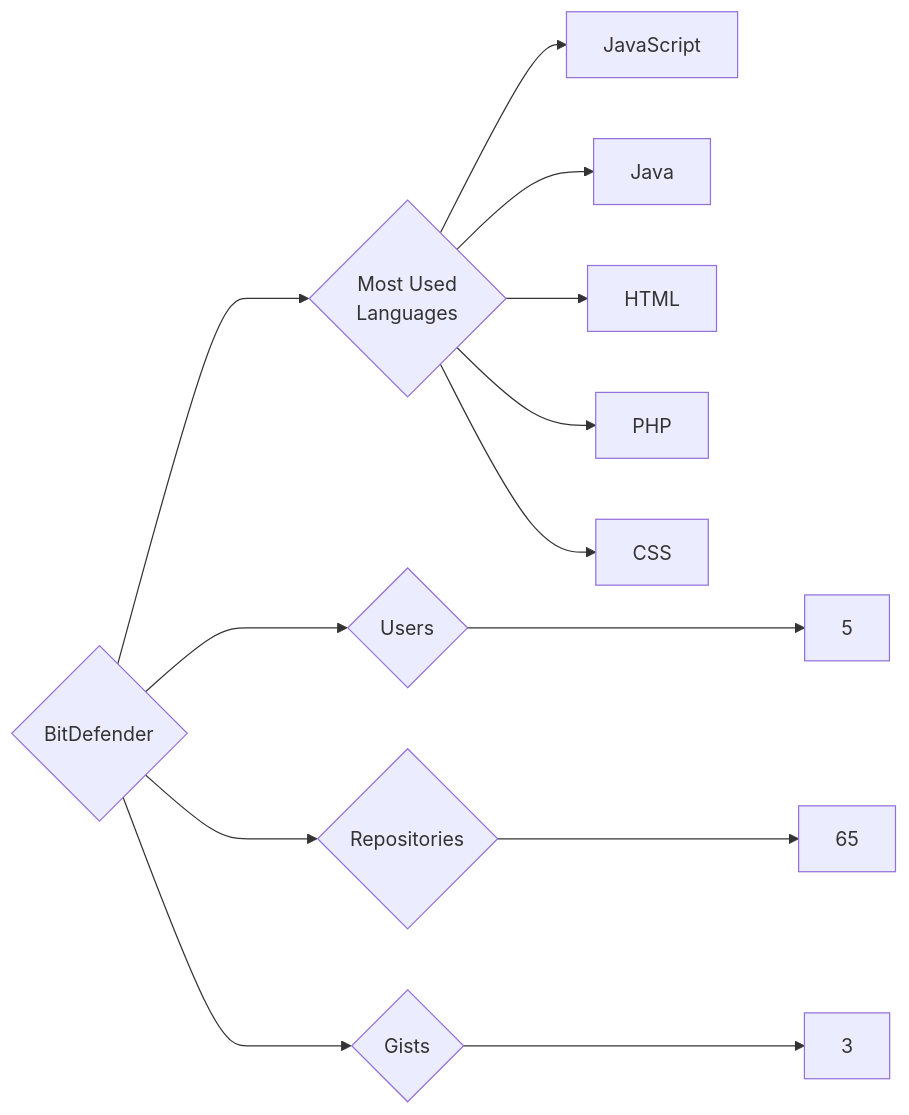
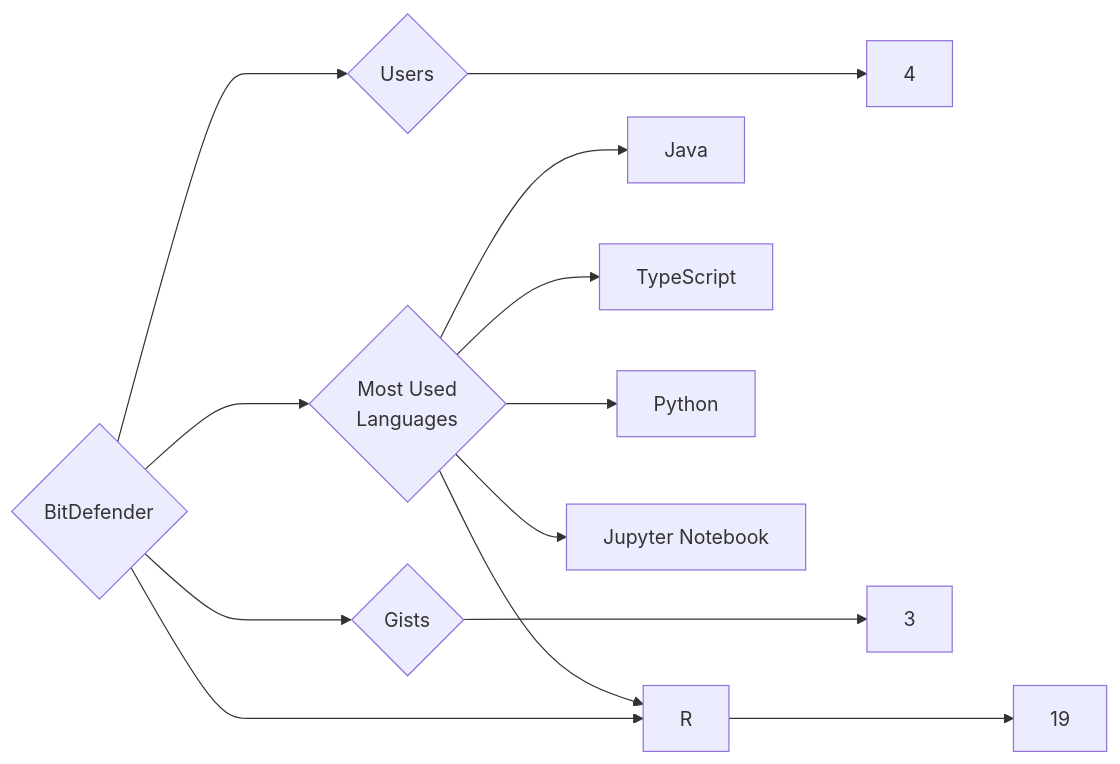
The diagram in targets/BitDefender/README.md (trickest/insiders), drawn with Mermaid before and after one commit. The commit also changed 916 other files, not shown here.

````diff
--- a/targets/BitDefender/README.md
+++ b/targets/BitDefender/README.md
@@ -3,13 +3,13 @@
 ```mermaid
 graph LR
 COMPANY_NAME{BitDefender}
-COMPANY_NAME ---> U{Users} ---> UN[5]
-COMPANY_NAME ---> R{Repositories} ---> RN[65]
+COMPANY_NAME ---> U{Users} ---> UN[4]
+COMPANY_NAME ---> R{Repositories} ---> RN[19]
 COMPANY_NAME ---> G{Gists} ---> GN[3]
 COMPANY_NAME ---> ML{Most Used<br>Languages}
-ML --> JavaScript[JavaScript]
 ML --> Java[Java]
-ML --> HTML[HTML]
-ML --> PHP[PHP]
-ML --> CSS[CSS]
+ML --> TypeScript[TypeScript]
+ML --> Python[Python]
+ML --> R[R]
+ML --> Jupyter_Notebook[Jupyter Notebook]
 ```
````
